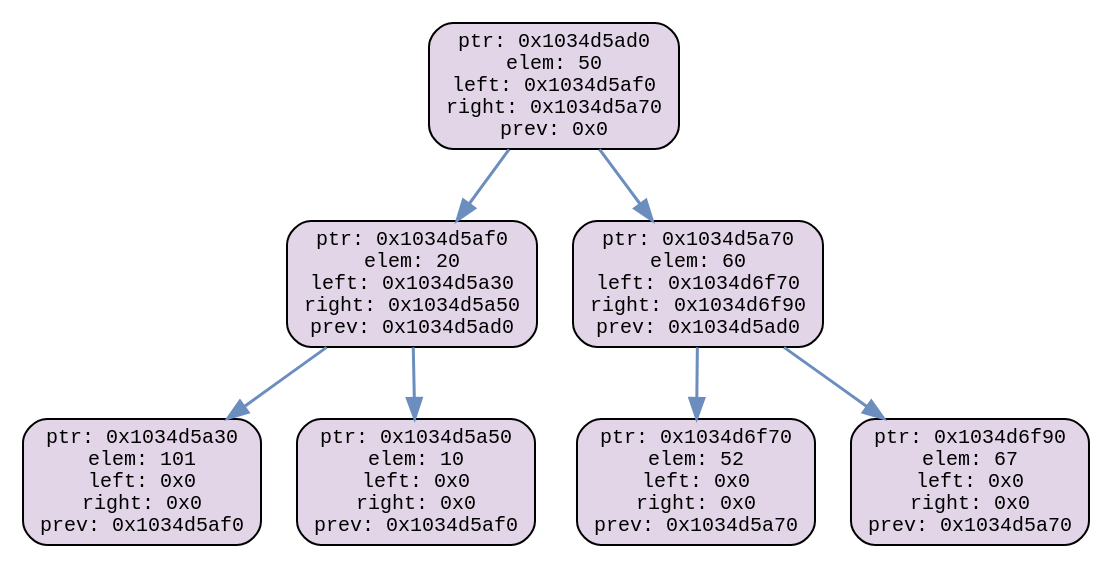
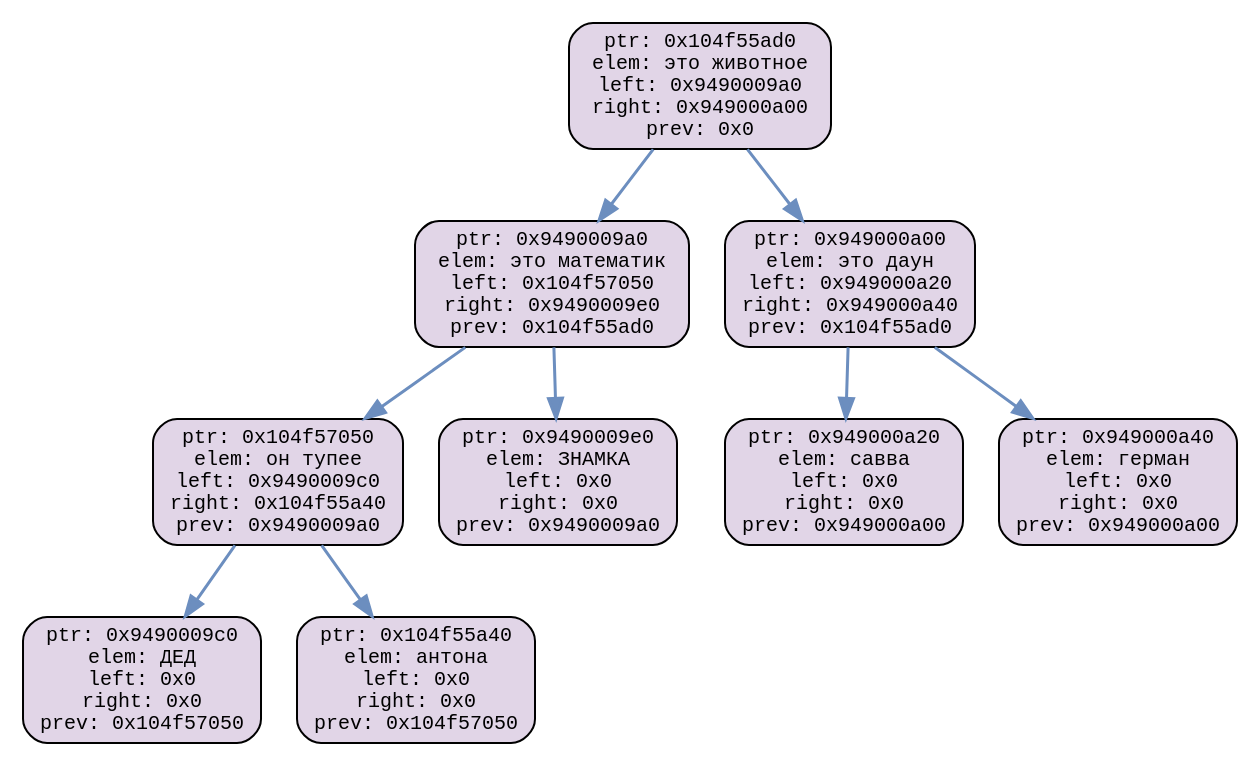
One commit to savva289-prog/bin-TREE changed the diagram in TREE_dump.dot. Above: the diagram before and after it, drawn with Graphviz. The commit also changed 6 other files, not shown here.

```diff
--- a/TREE_dump.dot
+++ b/TREE_dump.dot
@@ -1,19 +1,23 @@
 digraph BST {
     rankdir=TB;
     node [shape=box, style="filled, rounded", fillcolor="#e1d5e7", fontname="Courier", fontsize=10];
     edge [color="#6c8ebf", penwidth=1.5];
 
-    node_0x1034d5ad0 [label="ptr: 0x1034d5ad0\nelem: 50\nleft: 0x1034d5af0\nright: 0x1034d5a70\nprev: 0x0"];
-    node_0x1034d5ad0 -> node_0x1034d5af0;
-    node_0x1034d5ad0 -> node_0x1034d5a70;
-    node_0x1034d5af0 [label="ptr: 0x1034d5af0\nelem: 20\nleft: 0x1034d5a30\nright: 0x1034d5a50\nprev: 0x1034d5ad0"];
-    node_0x1034d5af0 -> node_0x1034d5a30;
-    node_0x1034d5af0 -> node_0x1034d5a50;
-    node_0x1034d5a30 [label="ptr: 0x1034d5a30\nelem: 101\nleft: 0x0\nright: 0x0\nprev: 0x1034d5af0"];
-    node_0x1034d5a50 [label="ptr: 0x1034d5a50\nelem: 10\nleft: 0x0\nright: 0x0\nprev: 0x1034d5af0"];
-    node_0x1034d5a70 [label="ptr: 0x1034d5a70\nelem: 60\nleft: 0x1034d6f70\nright: 0x1034d6f90\nprev: 0x1034d5ad0"];
-    node_0x1034d5a70 -> node_0x1034d6f70;
-    node_0x1034d5a70 -> node_0x1034d6f90;
-    node_0x1034d6f70 [label="ptr: 0x1034d6f70\nelem: 52\nleft: 0x0\nright: 0x0\nprev: 0x1034d5a70"];
-    node_0x1034d6f90 [label="ptr: 0x1034d6f90\nelem: 67\nleft: 0x0\nright: 0x0\nprev: 0x1034d5a70"];
+    node_0x104f55ad0 [label="ptr: 0x104f55ad0\nelem: это животное \nleft: 0x9490009a0\nright: 0x949000a00\nprev: 0x0"];
+    node_0x104f55ad0 -> node_0x9490009a0;
+    node_0x104f55ad0 -> node_0x949000a00;
+    node_0x9490009a0 [label="ptr: 0x9490009a0\nelem: это математик \nleft: 0x104f57050\nright: 0x9490009e0\nprev: 0x104f55ad0"];
+    node_0x9490009a0 -> node_0x104f57050;
+    node_0x9490009a0 -> node_0x9490009e0;
+    node_0x104f57050 [label="ptr: 0x104f57050\nelem: он тупее\nleft: 0x9490009c0\nright: 0x104f55a40\nprev: 0x9490009a0"];
+    node_0x104f57050 -> node_0x9490009c0;
+    node_0x104f57050 -> node_0x104f55a40;
+    node_0x9490009c0 [label="ptr: 0x9490009c0\nelem: ДЕД\nleft: 0x0\nright: 0x0\nprev: 0x104f57050"];
+    node_0x104f55a40 [label="ptr: 0x104f55a40\nelem: антона\nleft: 0x0\nright: 0x0\nprev: 0x104f57050"];
+    node_0x9490009e0 [label="ptr: 0x9490009e0\nelem: ЗНАМКА\nleft: 0x0\nright: 0x0\nprev: 0x9490009a0"];
+    node_0x949000a00 [label="ptr: 0x949000a00\nelem: это даун \nleft: 0x949000a20\nright: 0x949000a40\nprev: 0x104f55ad0"];
+    node_0x949000a00 -> node_0x949000a20;
+    node_0x949000a00 -> node_0x949000a40;
+    node_0x949000a20 [label="ptr: 0x949000a20\nelem: савва\nleft: 0x0\nright: 0x0\nprev: 0x949000a00"];
+    node_0x949000a40 [label="ptr: 0x949000a40\nelem: герман\nleft: 0x0\nright: 0x0\nprev: 0x949000a00"];
 }
```
